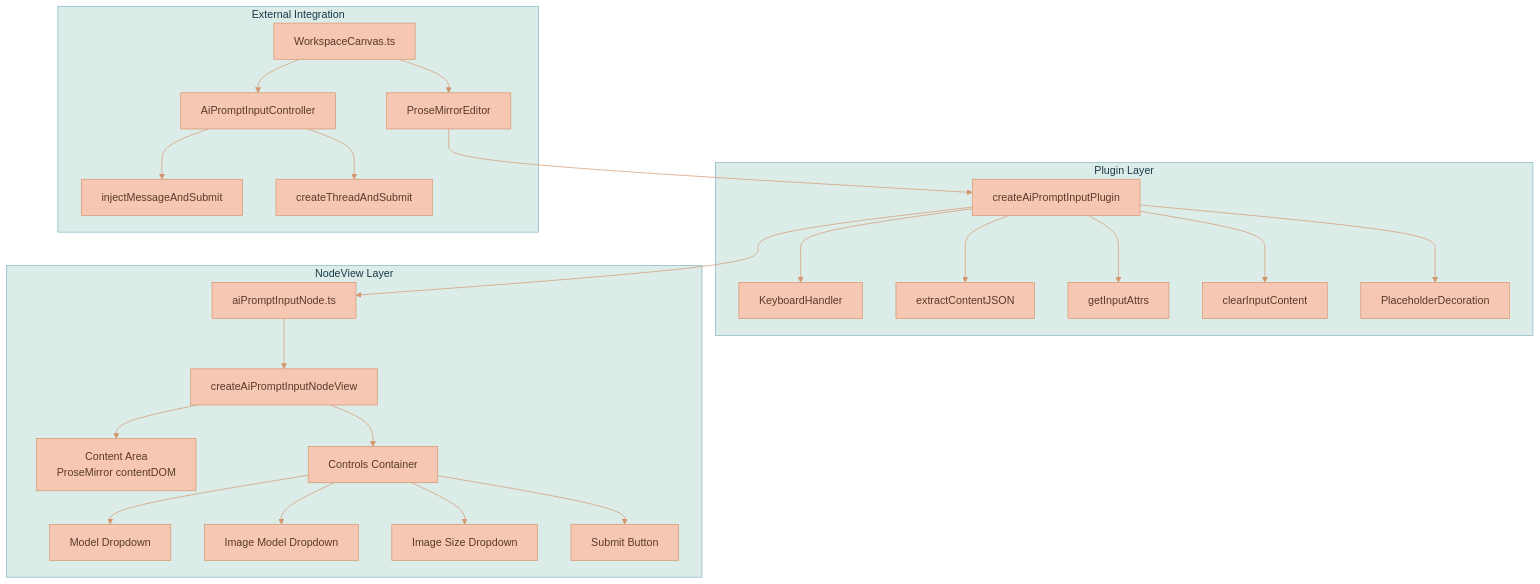
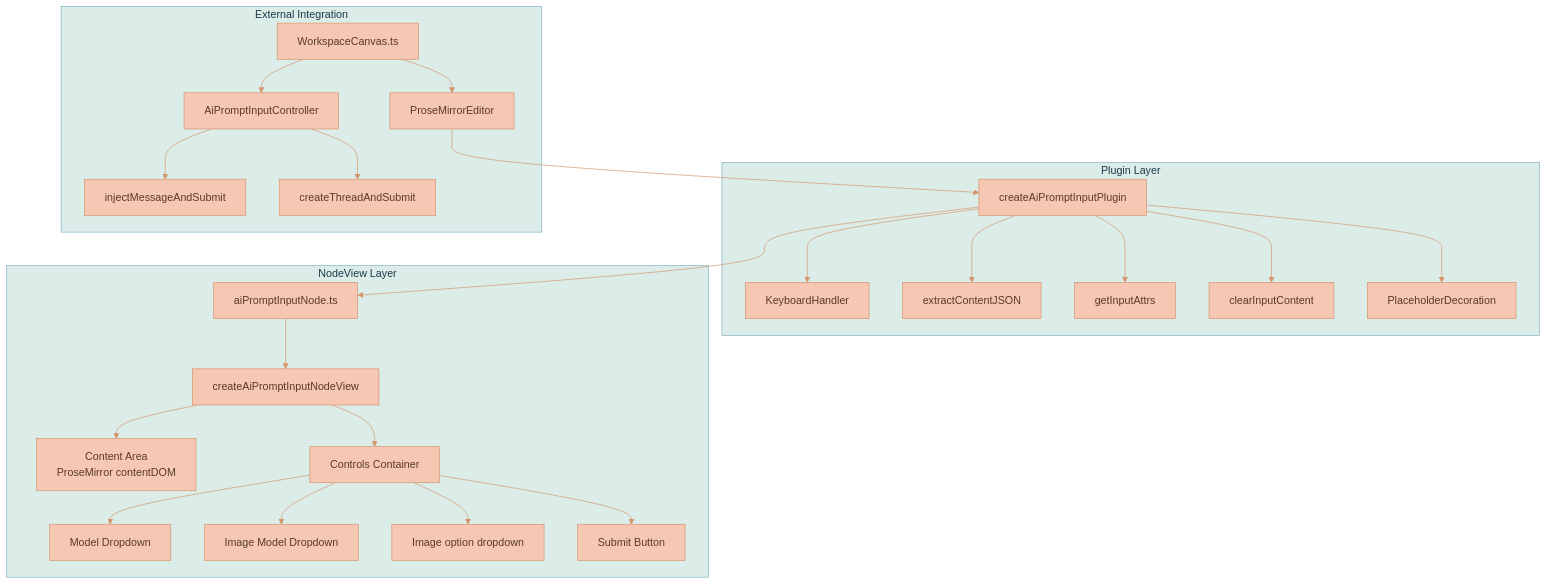
One commit to Lixpi/lixpi changed the first of 2 diagrams in services/web-ui/src/components/proseMirror/plugins/aiPromptInputPlugin/README.md. Above: the diagram before and after it, drawn with Mermaid. The commit also changed other lines of this file and 41 other files, not shown here.

````diff
--- a/services/web-ui/src/components/proseMirror/plugins/aiPromptInputPlugin/README.md
+++ b/services/web-ui/src/components/proseMirror/plugins/aiPromptInputPlugin/README.md
@@ -25,31 +26,31 @@
 ```mermaid
 %%{init: {'theme': 'base', 'themeVariables': { 'primaryColor': '#F6C7B3', 'primaryTextColor': '#5a3a2a', 'primaryBorderColor': '#d4956a', 'secondaryColor': '#C3DEDD', 'secondaryTextColor': '#1a3a47', 'secondaryBorderColor': '#4a8a9d', 'tertiaryColor': '#DCECE9', 'tertiaryTextColor': '#1a3a47', 'tertiaryBorderColor': '#82B2C0', 'lineColor': '#d4956a', 'textColor': '#5a3a2a'}}}%%
 graph TD
     subgraph "Plugin Layer"
         A[createAiPromptInputPlugin] --> B[KeyboardHandler]
         A --> C[extractContentJSON]
         A --> D[getInputAttrs]
         A --> E[clearInputContent]
         A --> F[PlaceholderDecoration]
     end
 
     subgraph "NodeView Layer"
         N[aiPromptInputNode.ts] --> NV[createAiPromptInputNodeView]
         NV --> CONT[Content Area<br/>ProseMirror contentDOM]
         NV --> CTRL[Controls Container]
         CTRL --> MD[Model Dropdown]
         CTRL --> IMD[Image Model Dropdown]
-        CTRL --> ISD[Image Size Dropdown]
+        CTRL --> ISD[Image option dropdown]
         CTRL --> SB[Submit Button]
     end
 
     subgraph "External Integration"
         PE[ProseMirrorEditor] --> A
         WC[WorkspaceCanvas.ts] --> PE
         WC --> CTRL2[AiPromptInputController]
         CTRL2 --> INJ[injectMessageAndSubmit]
         CTRL2 --> CRT[createThreadAndSubmit]
     end
 
     A --> N
 ```
````
